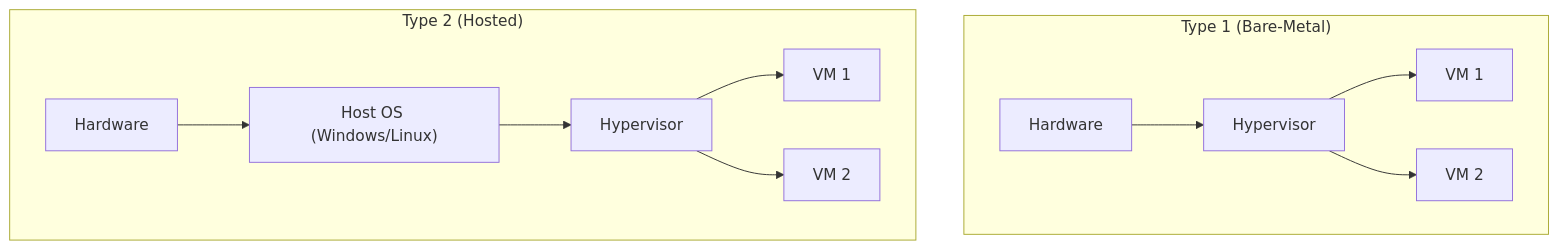
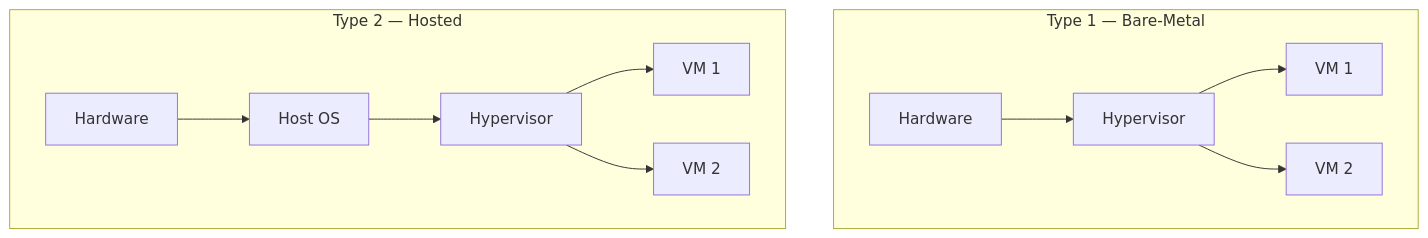
The second of 3 diagrams in THM-Notes/Pre-Security/Computers-Fundamentals/Virtualisation-Basics.md (Dimm377/CyberSec-Learning-Notes), drawn with Mermaid before and after one commit. The commit also changed other lines of this file and 1 other file, not shown here.

````diff
--- a/THM-Notes/Pre-Security/Computers-Fundamentals/Virtualisation-Basics.md
+++ b/THM-Notes/Pre-Security/Computers-Fundamentals/Virtualisation-Basics.md
@@ -123,14 +99,14 @@
 ```mermaid
 graph TD
-    subgraph Type_1 ["Type 1 (Bare-Metal)"]
+    subgraph Type_1 ["Type 1 — Bare-Metal"]
         HW1["Hardware"] --> H1["Hypervisor"]
         H1 --> V1["VM 1"]
         H1 --> V2["VM 2"]
     end
-    subgraph Type_2 ["Type 2 (Hosted)"]
-        HW2["Hardware"] --> OS2["Host OS (Windows/Linux)"]
+    subgraph Type_2 ["Type 2 — Hosted"]
+        HW2["Hardware"] --> OS2["Host OS"]
         OS2 --> H2["Hypervisor"]
         H2 --> V3["VM 1"]
         H2 --> V4["VM 2"]
     end
 ```
````
